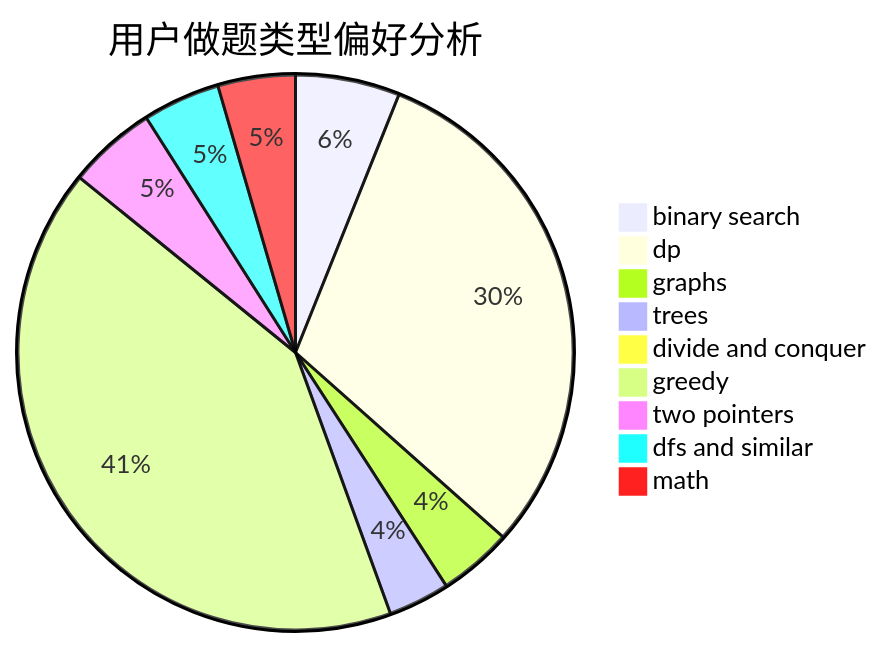
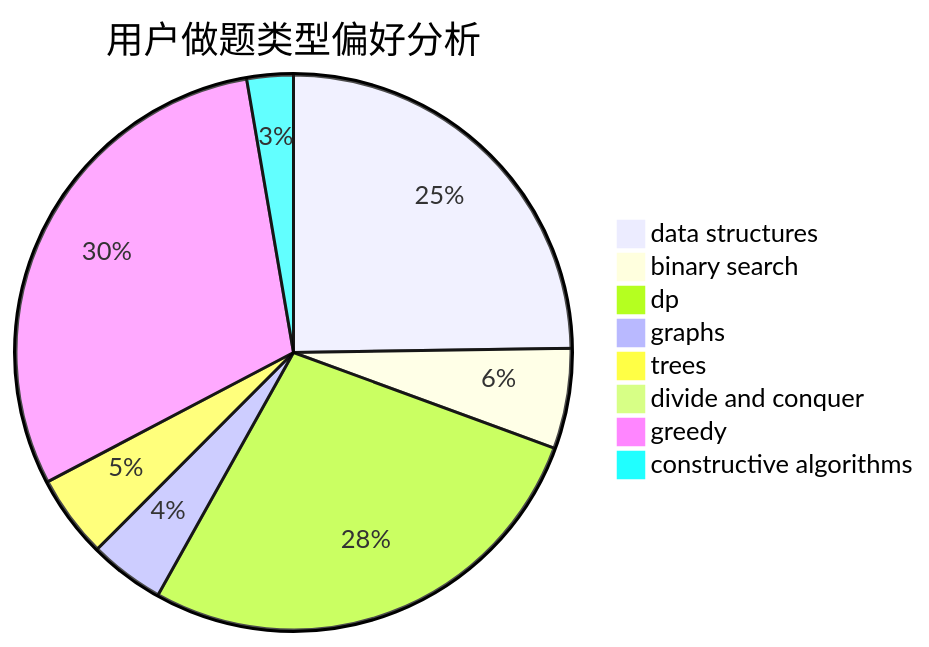
One commit to sherpahu/cfrs.github.io changed the second of 3 diagrams in docs/user/u1507.md. Above: the diagram before and after it, drawn with Mermaid. The commit also changed other lines of this file and 2775 other files, not shown here.

````diff
--- a/docs/user/u1507.md
+++ b/docs/user/u1507.md
@@ -23,12 +23,11 @@
 ```mermaid
 pie title 用户做题类型偏好分析
-    "binary search" :  151
-    "dp" :  758
-    "graphs" :  107
+    "data structures" :  458
+    "binary search" :  108
+    "dp" :  509
+    "graphs" :  81
     "trees" :  89
     "divide and conquer" :  0
-    "greedy" :  1029
-    "two pointers" :  128
-    "dfs and similar" :  112
-    "math" :  112
+    "greedy" :  555
+    "constructive algorithms" :  50
 ```
````
